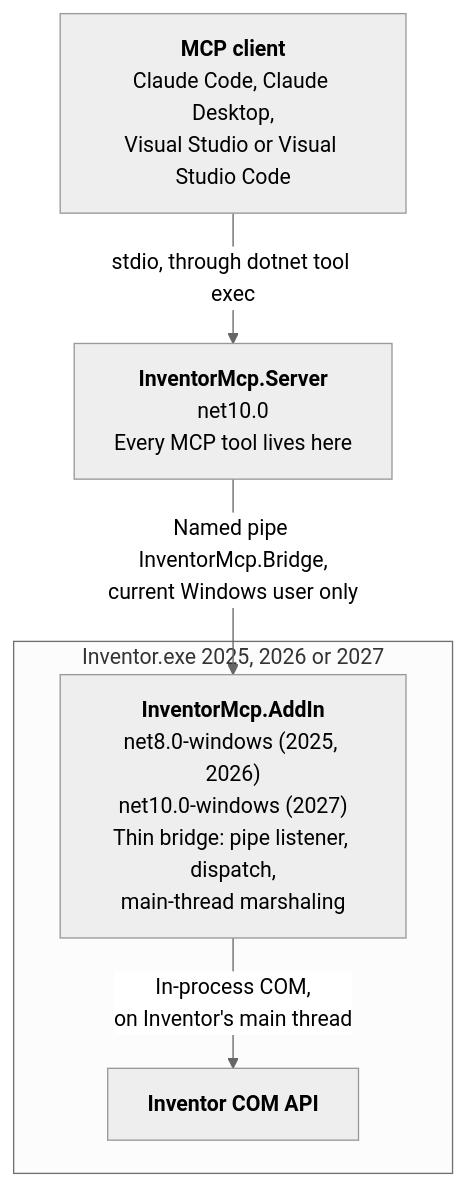
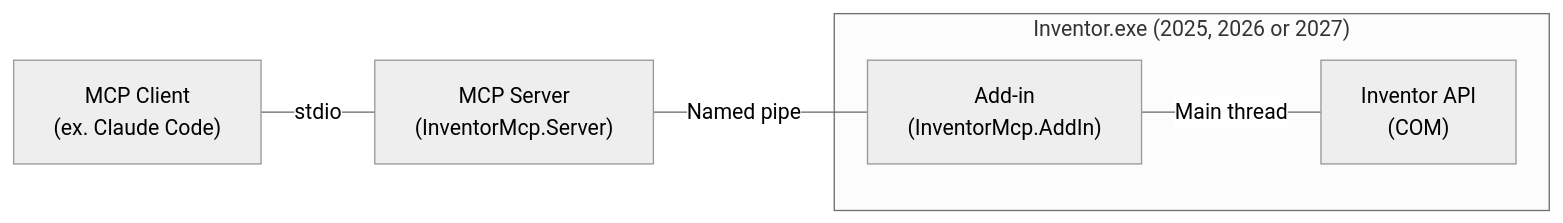
One commit to tylerwarner33/autodesk-inventor-mcp changed the diagram in README.md. Above: the diagram before and after it, drawn with Mermaid (neutral theme). The commit also changed other lines of this file, not shown here.

Commit message:
Draw the README architecture diagram from left to right
The vertical diagram used too much space. Put the parts in one row, keep
the box labels short, and move the frameworks and roles into the text.

````diff
--- a/README.md
+++ b/README.md
@@ -8,14 +8,14 @@
 ```mermaid
-flowchart TD
-    Client["<b>MCP client</b><br/>Claude Code, Claude Desktop,<br/>Visual Studio or Visual Studio Code"]
-    Server["<b>InventorMcp.Server</b><br/>net10.0<br/>Every MCP tool lives here"]
+graph LR
+    Client["MCP Client<br/>(ex. Claude Code)"]
+    Server["MCP Server<br/>(InventorMcp.Server)"]
 
-    subgraph Inventor["Inventor.exe 2025, 2026 or 2027"]
-        AddIn["<b>InventorMcp.AddIn</b><br/>net8.0-windows (2025, 2026)<br/>net10.0-windows (2027)<br/>Thin bridge: pipe listener, dispatch,<br/>main-thread marshaling"]
-        Api["<b>Inventor COM API</b>"]
+    subgraph "Inventor.exe (2025, 2026 or 2027)"
+        AddIn["Add-in<br/>(InventorMcp.AddIn)"]
+        Api["Inventor API<br/>(COM)"]
     end
 
-    Client -- "stdio, through dotnet tool exec" --> Server
-    Server -- "Named pipe InventorMcp.Bridge,<br/>current Windows user only" --> AddIn
-    AddIn -- "In-process COM,<br/>on Inventor's main thread" --> Api
+    Client ---|"stdio"| Server
+    Server ---|"Named pipe"| AddIn
+    AddIn ---|"Main thread"| Api
 ```
````
